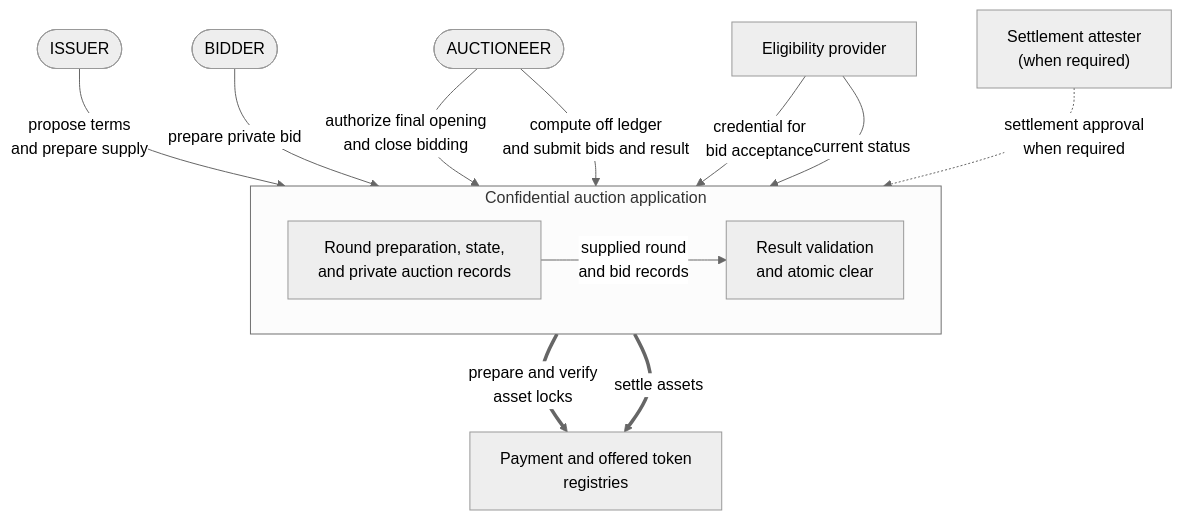
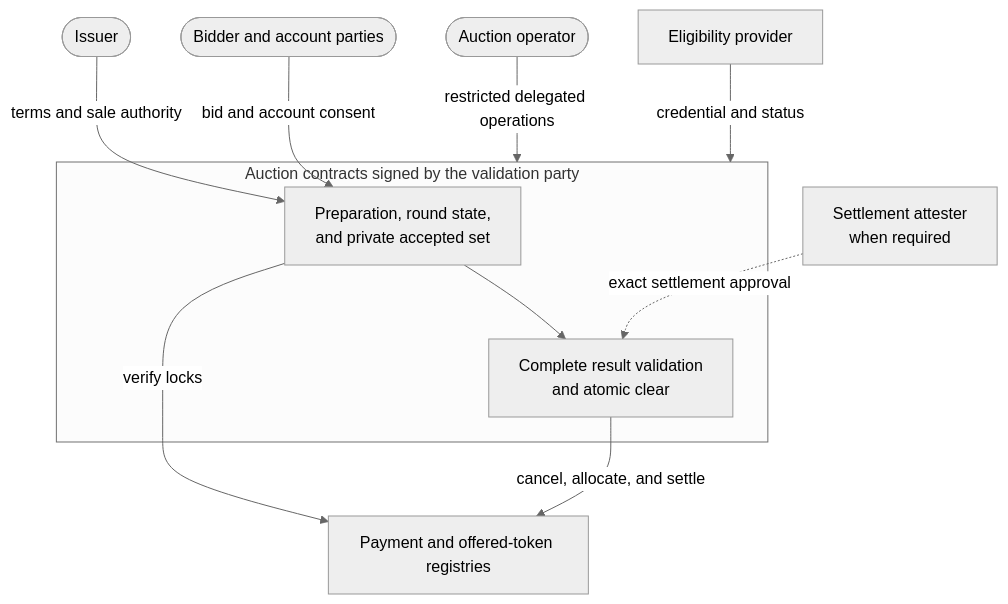
Before and after one commit to OpenZeppelin/canton-specs: the first of 5 diagrams in docs/reference-architectures/confidential-auction.md, drawn with Mermaid (neutral theme). The commit also changed other lines of this file, not shown here.

First line of the commit message:
[Confidential Auction] Deeper flow descriptions and technical corrections (#200)

````diff
--- a/docs/reference-architectures/confidential-auction.md
+++ b/docs/reference-architectures/confidential-auction.md
@@ -138,28 +160,23 @@
 ```mermaid
 flowchart TB
-    Issuer([ISSUER])
-    Bidder([BIDDER])
-    Auctioneer([AUCTIONEER])
+    Issuer([Issuer])
+    Bidder([Bidder and account parties])
+    Operator([Auction operator])
     Eligibility["Eligibility provider"]
-    Attester["Settlement attester<br/>(when required)"]
+    Attester["Settlement attester<br/>when required"]
 
-    subgraph Auction["Confidential auction application"]
-        direction LR
-        State["Round preparation, state,<br/>and private auction records"]
-        Clear["Result validation<br/>and atomic clear"]
-
-        State -->|"supplied round<br/>and bid records"| Clear
+    subgraph Auction["Auction contracts signed by the validation party"]
+        State["Preparation, round state,<br/>and private accepted set"]
+        Clear["Complete result validation<br/>and atomic clear"]
+        State --> Clear
     end
 
-    Assets["Payment and offered token<br/>registries"]
-
-    Issuer -->|"propose terms<br/>and prepare supply"| State
-    Bidder -->|"prepare private bid"| State
-    Auctioneer -->|"authorize final opening<br/>and close bidding"| State
-    Auctioneer -->|"compute off ledger<br/>and submit bids and result"| Clear
-    Eligibility -->|"credential for<br/>bid acceptance"| State
-    Eligibility -->|"current status"| Clear
-    Attester -.->|"settlement approval<br/>when required"| Clear
-    State ==>|"prepare and verify<br/>asset locks"| Assets
-    Clear ==>|"settle assets"| Assets
+    Assets["Payment and offered-token registries"]
+    Issuer -->|"terms and sale authority"| State
+    Bidder -->|"bid and account consent"| State
+    Operator -->|"restricted delegated operations"| Auction
+    Eligibility -->|"credential and status"| Auction
+    Attester -.->|"exact settlement approval"| Clear
+    State -->|"verify locks"| Assets
+    Clear -->|"cancel, allocate, and settle"| Assets
 ```
````
